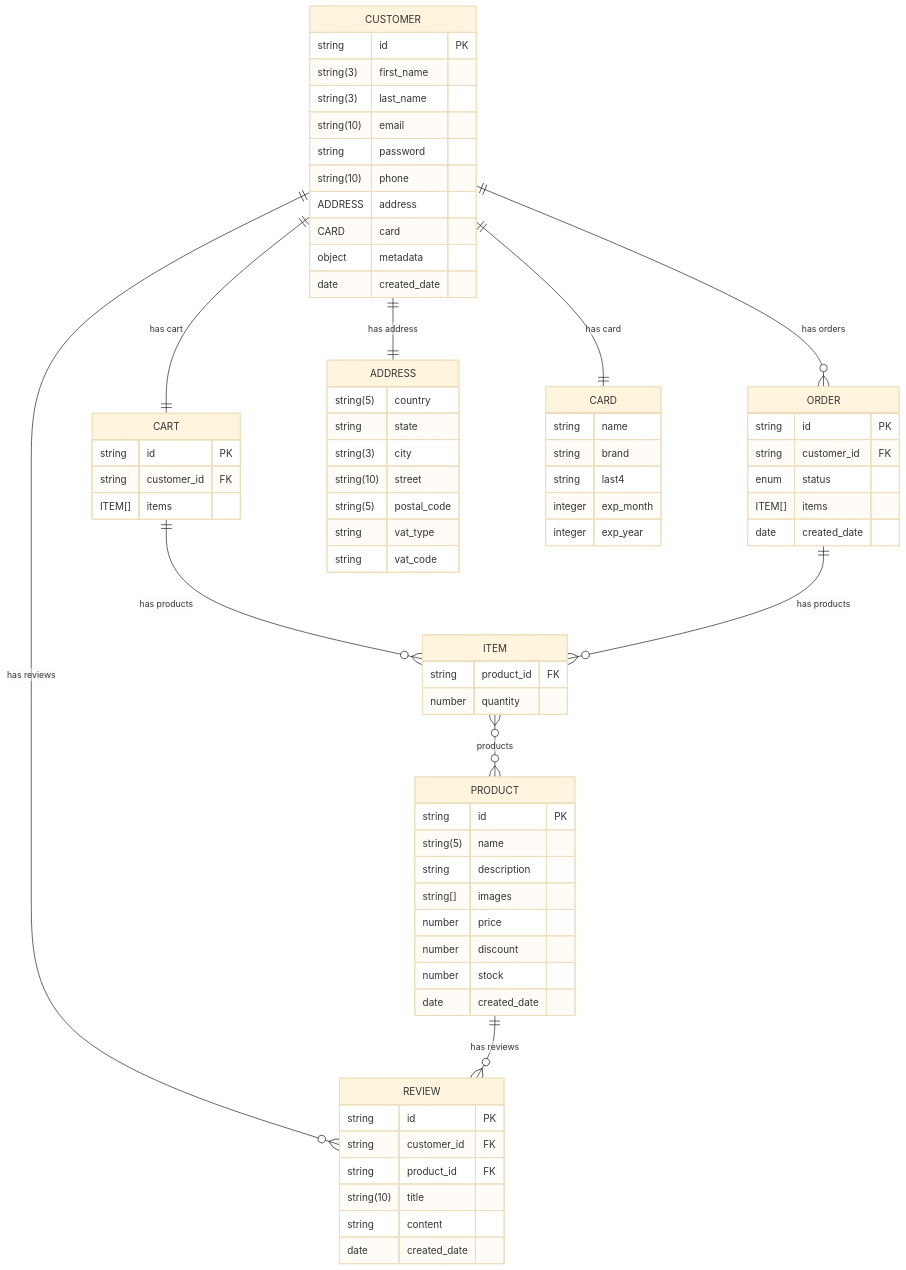
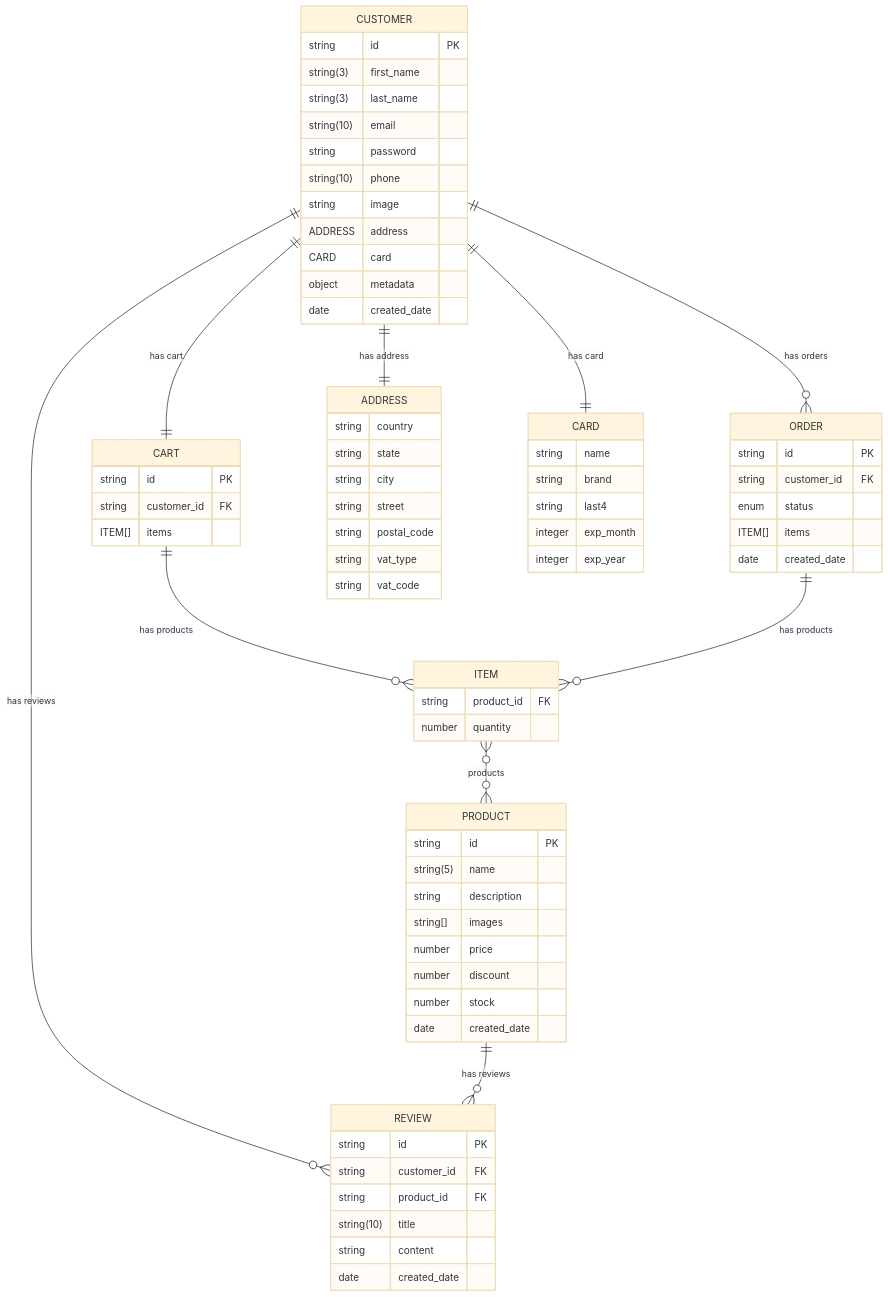
One commit to EddyEduard/ShopCart changed the diagram in README.md. Above: the diagram before and after it, drawn with Mermaid (base theme).

````diff
--- a/README.md
+++ b/README.md
@@ -58,79 +58,80 @@
 ```mermaid
 erDiagram
     CUSTOMER {
         string id PK
         string(3) first_name
         string(3) last_name
         string(10) email
         string password
         string(10) phone
+        string image
         ADDRESS address
         CARD card
         object metadata
         date created_date
     }
     PRODUCT {
         string id PK
         string(5) name
         string description
         string[] images
         number price
         number discount
         number stock
         date created_date
     }
     CART {
         string id PK
         string customer_id FK
         ITEM[] items
     }
     ORDER {
         string id PK
         string customer_id FK
         enum status
         ITEM[] items
         date created_date
     }
     REVIEW {
         string id PK
         string customer_id FK
         string product_id FK
         string(10) title
         string content
         date created_date
     }
     ADDRESS {
-        string(5) country
+        string country
         string state
-        string(3) city
-        string(10) street
-        string(5) postal_code
+        string city
+        string street
+        string postal_code
         string vat_type
         string vat_code
     }
     CARD {
         string name
         string brand
         string last4
         integer exp_month
         integer exp_year
     }
     ITEM {
         string product_id FK
         number quantity
     }
 
     CUSTOMER ||--|| ADDRESS : "has address"
     CUSTOMER ||--|| CARD : "has card"
     CUSTOMER ||--|| CART : "has cart"
     CUSTOMER ||--o{ ORDER : "has orders"
     CUSTOMER ||--o{ REVIEW : "has reviews"
 
     PRODUCT ||--o{ REVIEW : "has reviews"
 
     CART ||--o{ ITEM : "has products"
 
     ORDER ||--o{ ITEM : "has products"
 
     ITEM }o--o{ PRODUCT : "products"
 ```
````
